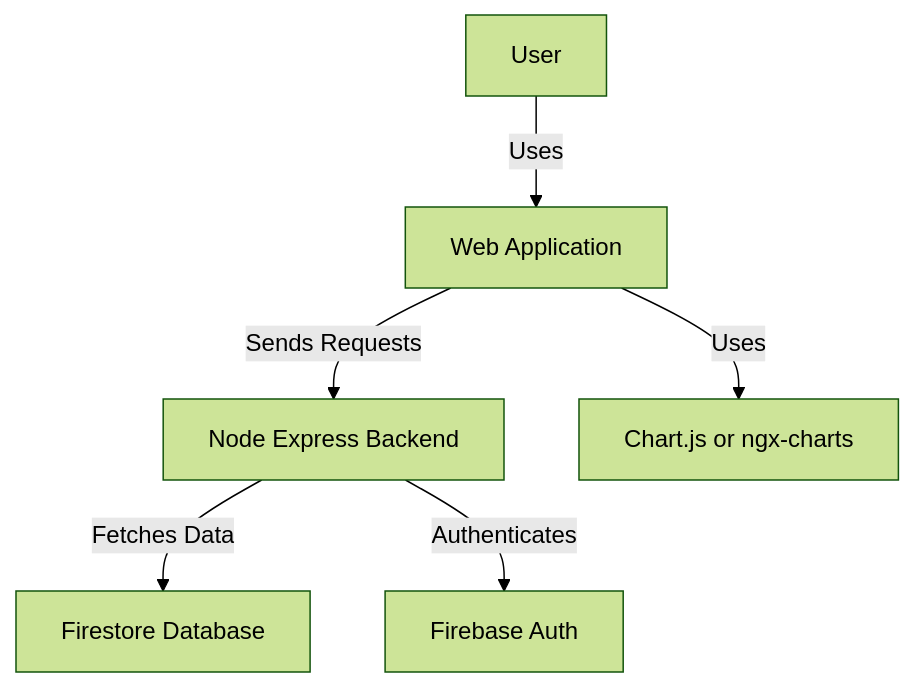
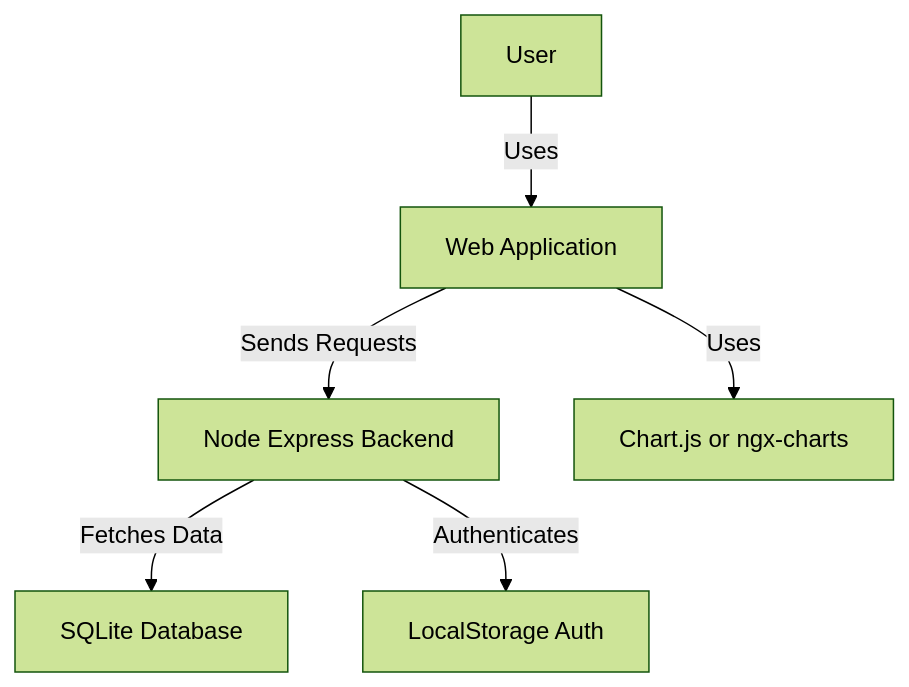
One commit to RociDelg/Final-exercise---Finances changed the diagram in my_finances/.ai/architect/system-architecture.blueprint.md. Above: the diagram before and after it, drawn with Mermaid (forest theme). The commit also changed 4 other files, not shown here.

Commit message:
docs: update project documentation and architecture - Update system architecture blueprint - Enhance user registration feature documentation - Update project prompts - Create development journal - Update project overview with detailed structure

````diff
--- a/my_finances/.ai/architect/system-architecture.blueprint.md
+++ b/my_finances/.ai/architect/system-architecture.blueprint.md
@@ -74,8 +74,8 @@
 ```mermaid
 graph TD
     A[User] -->|Uses| B[Web Application]
     B -->|Sends Requests| C[Node Express Backend]
-    C -->|Fetches Data| D[Firestore Database]
-    C -->|Authenticates| E[Firebase Auth]
+    C -->|Fetches Data| D[SQLite Database]
+    C -->|Authenticates| E[LocalStorage Auth]
     B -->|Uses| F[Chart.js or ngx-charts]
 ```
````
